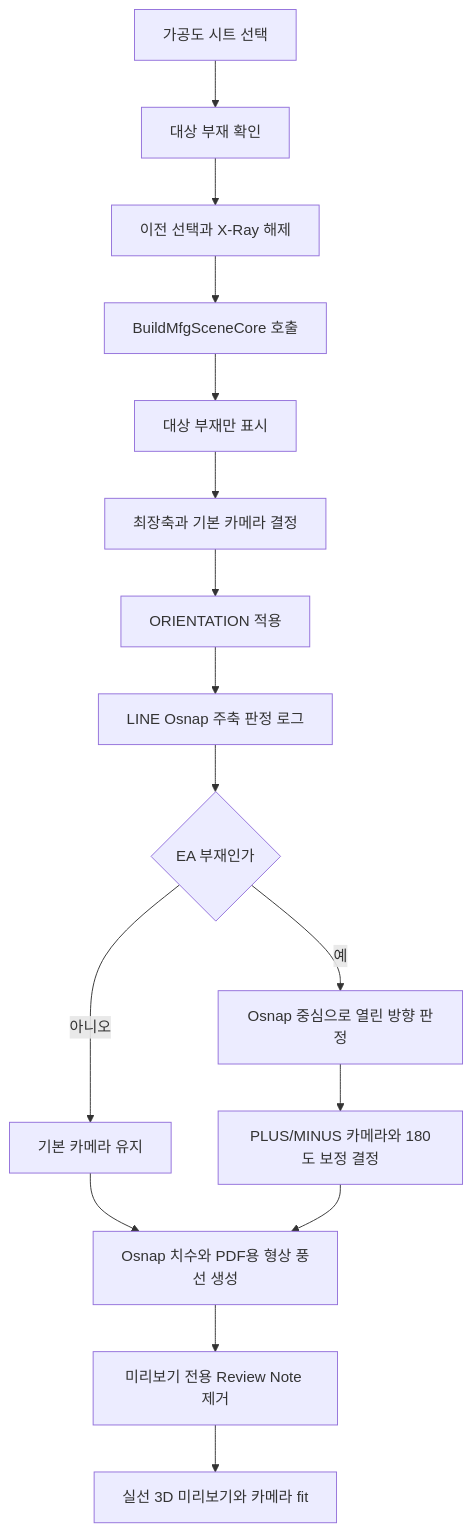
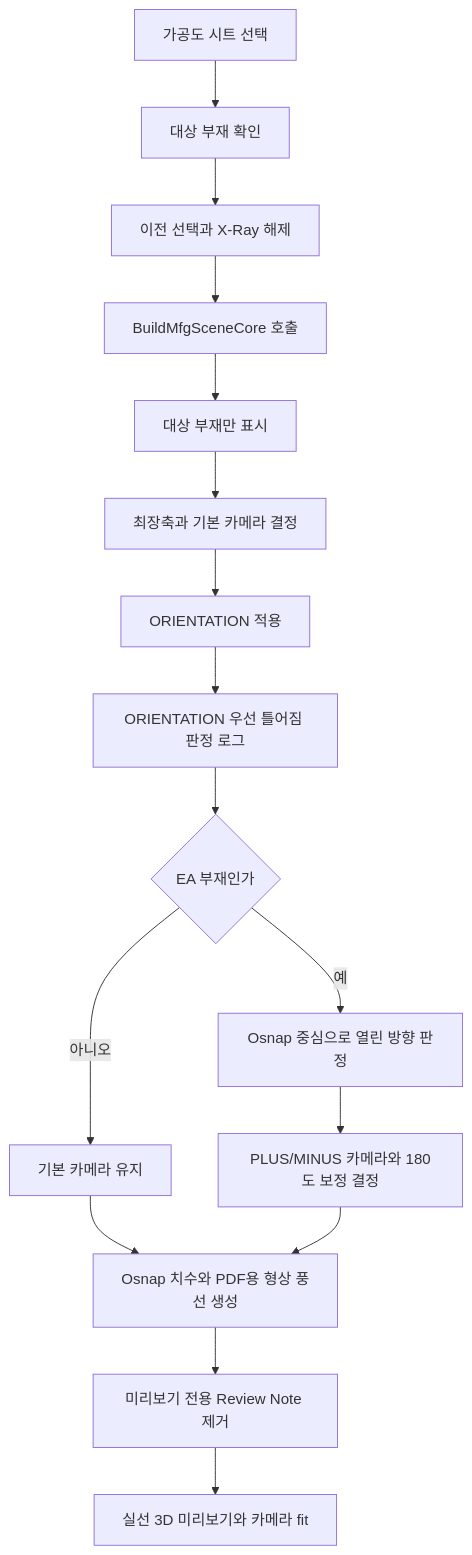
The diagram in docs/기능/가공도/가공도 단일.md (uuuuj/a2z), drawn with Mermaid before and after one commit. The commit also changed other lines of this file and 9 other files, not shown here.

````diff
--- a/docs/기능/가공도/가공도 단일.md
+++ b/docs/기능/가공도/가공도 단일.md
@@ -21,18 +21,18 @@
 ```mermaid
 flowchart TD
     A["가공도 시트 선택"] --> B["대상 부재 확인"]
     B --> C["이전 선택과 X-Ray 해제"]
     C --> D["BuildMfgSceneCore 호출"]
     D --> E["대상 부재만 표시"]
     E --> F["최장축과 기본 카메라 결정"]
     F --> G["ORIENTATION 적용"]
-    G --> G1["LINE Osnap 주축 판정 로그"]
+    G --> G1["ORIENTATION 우선 틀어짐 판정 로그"]
     G1 --> H{"EA 부재인가"}
     H -- 아니오 --> I["기본 카메라 유지"]
     H -- 예 --> J["Osnap 중심으로 열린 방향 판정"]
     J --> K["PLUS/MINUS 카메라와 180도 보정 결정"]
     I --> L["Osnap 치수와 PDF용 형상 풍선 생성"]
     K --> L
     L --> M["미리보기 전용 Review Note 제거"]
     M --> N["실선 3D 미리보기와 카메라 fit"]
 ```
````
